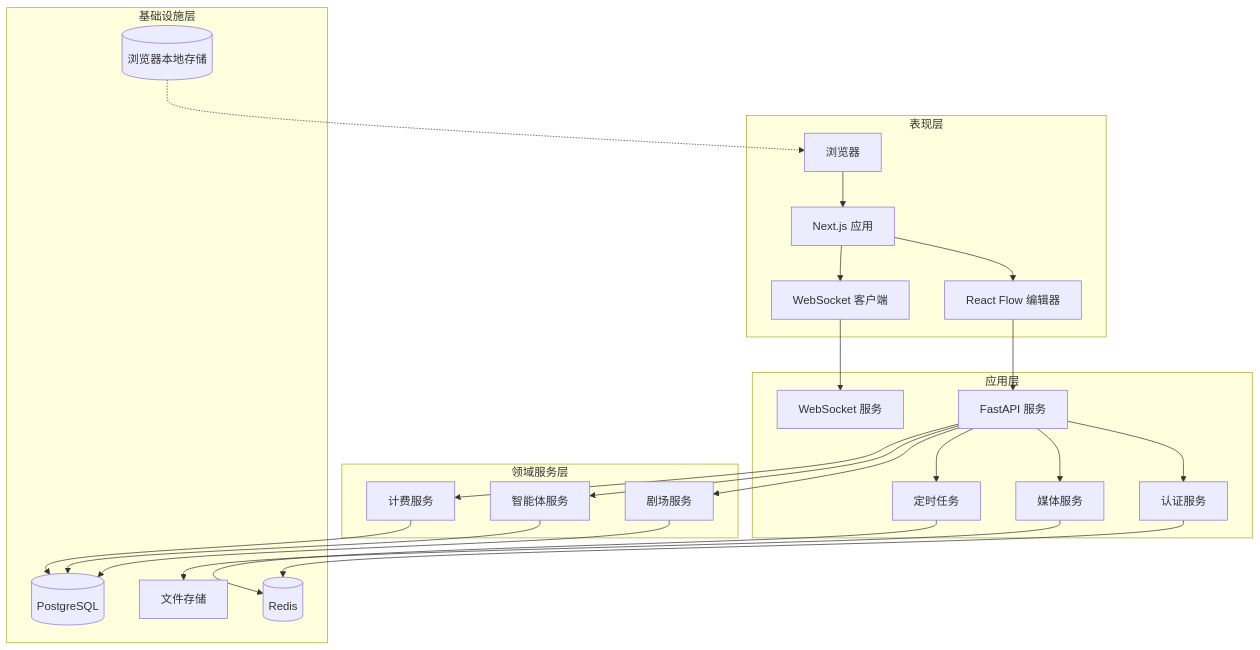
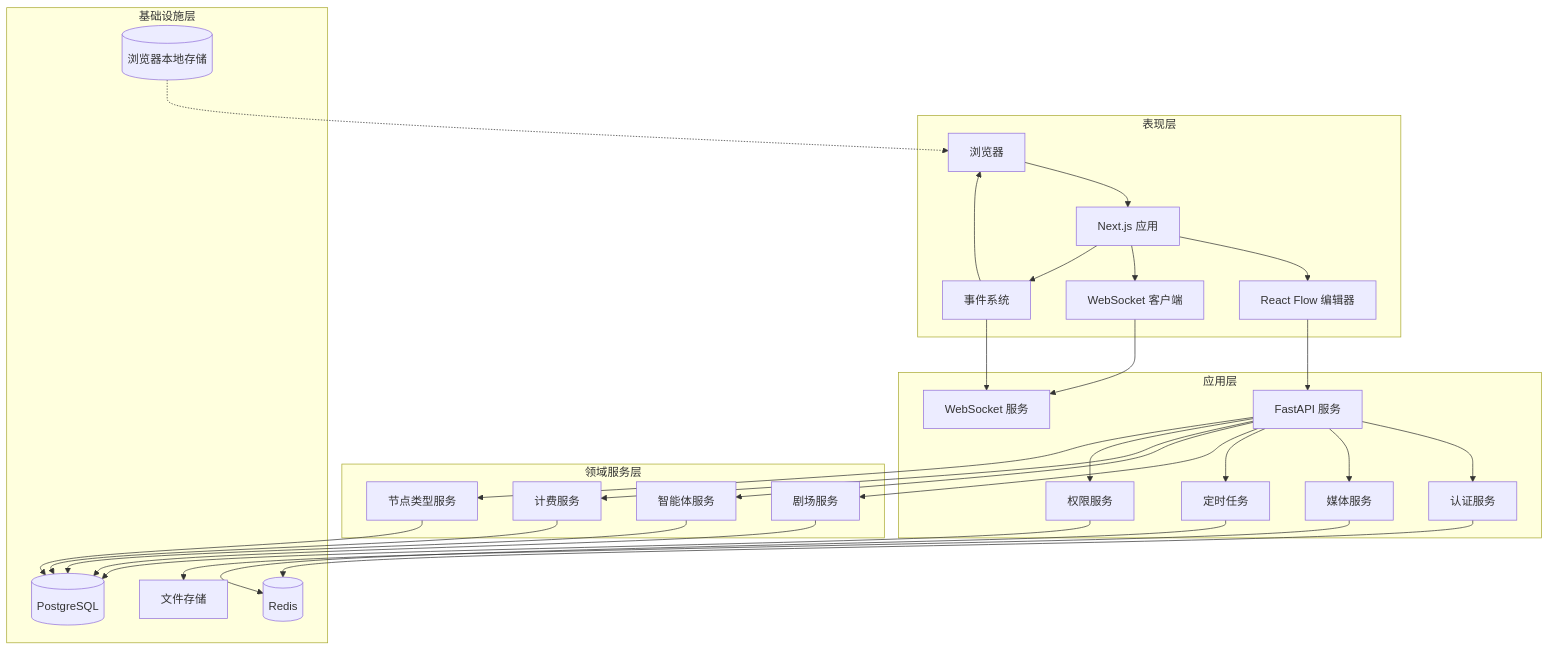
One commit to KunLabAI/KunFlix changed the second of 10 diagrams in .qoder/repowiki/zh/content/系统架构/剧院系统概览.md. Above: the diagram before and after it, drawn with Mermaid. The commit also changed other lines of this file and 15 other files, not shown here.

````diff
--- a/.qoder/repowiki/zh/content/系统架构/剧院系统概览.md
+++ b/.qoder/repowiki/zh/content/系统架构/剧院系统概览.md
@@ -166,45 +180,55 @@
 ```mermaid
 graph TD
 subgraph "表现层"
 Browser[浏览器]
 NextJS[Next.js 应用]
 ReactFlow[React Flow 编辑器]
 WebSocket[WebSocket 客户端]
+Events[事件系统]
 end
 subgraph "应用层"
 API[FastAPI 服务]
 Auth[认证服务]
 Media[媒体服务]
 Cron[定时任务]
 WS[WebSocket 服务]
+Permissions[权限服务]
 end
 subgraph "领域服务层"
 TheaterSvc[剧场服务]
 AgentSvc[智能体服务]
 BillingSvc[计费服务]
+NodeTypes[节点类型服务]
 end
 subgraph "基础设施层"
 Postgres[(PostgreSQL)]
 Redis[(Redis)]
 Storage[文件存储]
 LocalStorage[(浏览器本地存储)]
 end
 Browser --> NextJS
 NextJS --> ReactFlow
 NextJS --> WebSocket
+NextJS --> Events
 ReactFlow --> API
 WebSocket --> WS
 API --> Auth
 API --> Media
 API --> Cron
 API --> TheaterSvc
 API --> AgentSvc
 API --> BillingSvc
+API --> Permissions
+API --> NodeTypes
 TheaterSvc --> Postgres
 AgentSvc --> Postgres
 BillingSvc --> Postgres
+Permissions --> Postgres
+NodeTypes --> Postgres
 Media --> Storage
 Auth --> Redis
 Cron --> Redis
 LocalStorage -.-> Browser
+Events --> Browser
+Events --> WS
 ```
````
